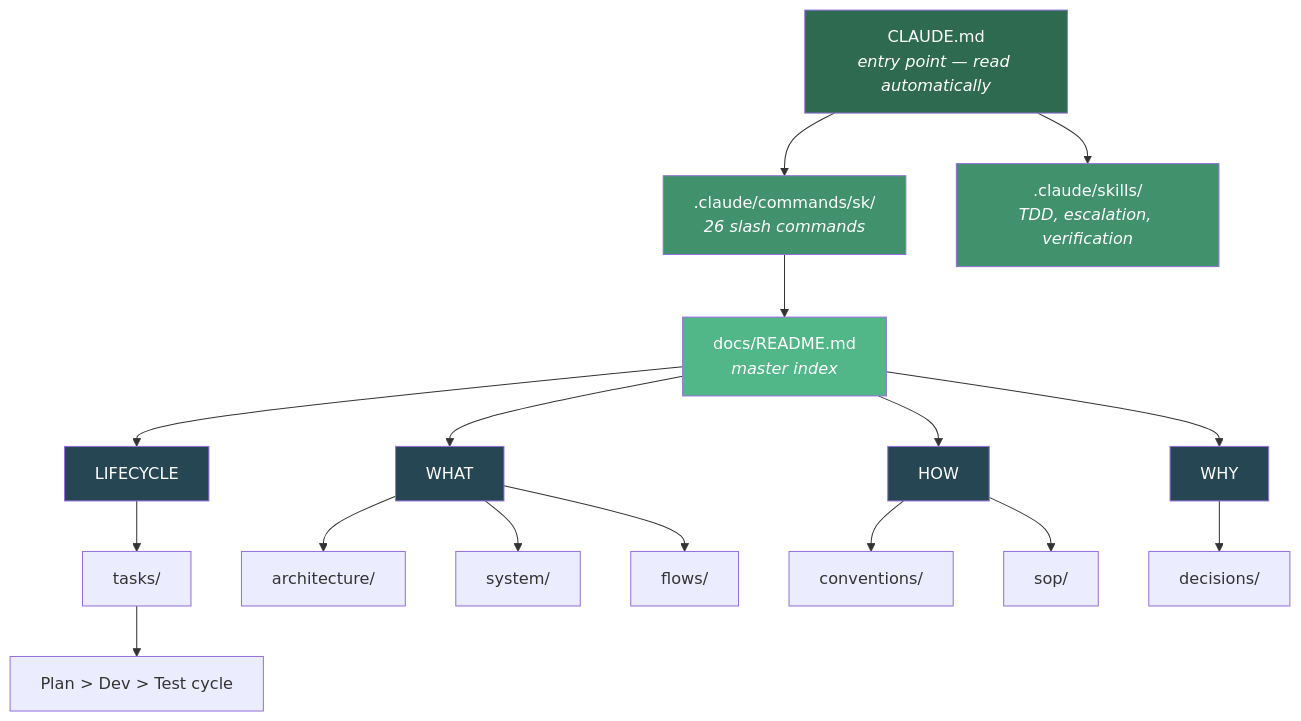
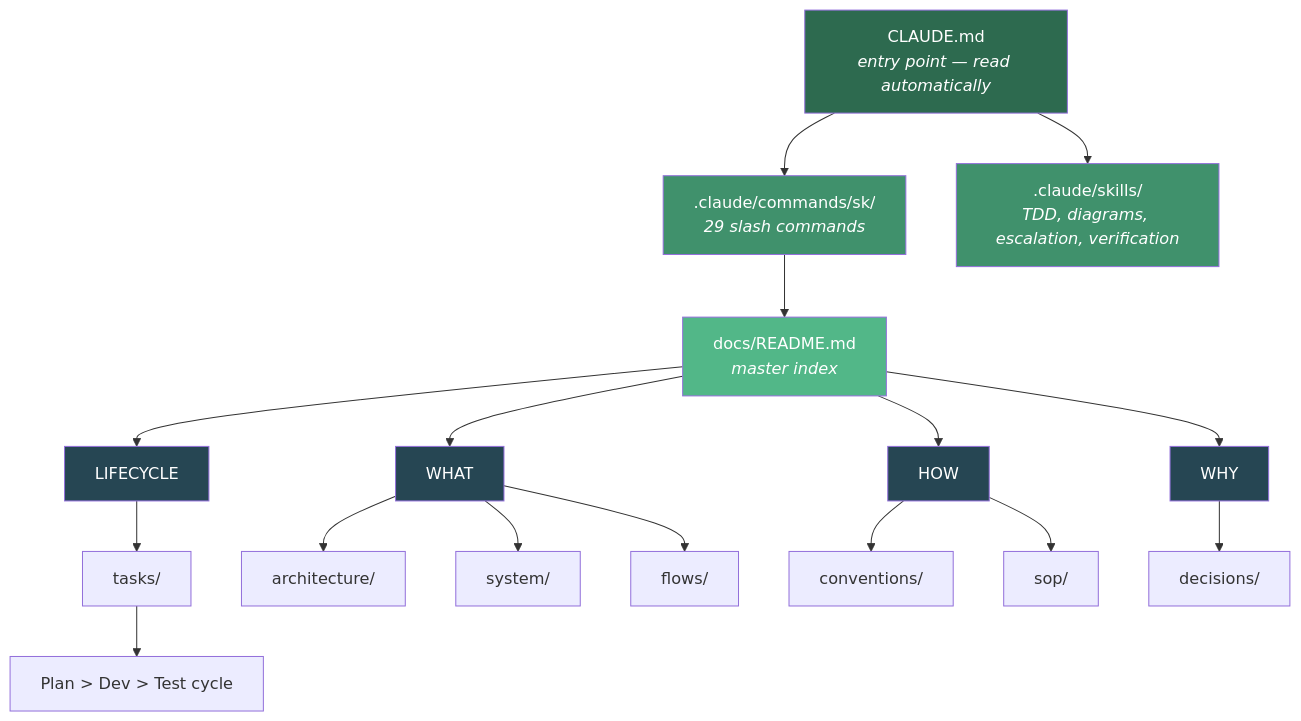
Before and after one commit to moniav/sk: the first of 5 diagrams in Readme.md, drawn with Mermaid. The commit also changed other lines of this file and 35 other files, not shown here.

First line of the commit message:
feat: add /sk:orchestrate, /sk:council, technical-diagrams skill, and full docs update

````diff
--- a/Readme.md
+++ b/Readme.md
@@ -32,32 +32,32 @@
 ```mermaid
 graph TD
-    A["CLAUDE.md<br/><i>entry point — read automatically</i>"] --> B[".claude/commands/sk/<br/><i>26 slash commands</i>"]
-    A --> B2[".claude/skills/<br/><i>TDD, escalation, verification</i>"]
+    A["CLAUDE.md<br/><i>entry point — read automatically</i>"] --> B[".claude/commands/sk/<br/><i>29 slash commands</i>"]
+    A --> B2[".claude/skills/<br/><i>TDD, diagrams, escalation, verification</i>"]
     B --> C["docs/README.md<br/><i>master index</i>"]
 
     C --> D["LIFECYCLE"]
     C --> E["WHAT"]
     C --> F["WHY"]
     C --> G["HOW"]
 
     D --> D1["tasks/"]
     D1 --> D2["Plan > Dev > Test cycle"]
 
     E --> E1["architecture/"]
     E --> E2["system/"]
     E --> E3["flows/"]
 
     G --> G1["conventions/"]
     G --> G2["sop/"]
 
     F --> F1["decisions/"]
 
     style A fill:#2d6a4f,color:#fff
     style B fill:#40916c,color:#fff
     style B2 fill:#40916c,color:#fff
     style C fill:#52b788,color:#fff
     style D fill:#264653,color:#fff
     style E fill:#264653,color:#fff
     style F fill:#264653,color:#fff
     style G fill:#264653,color:#fff
 ```
````
